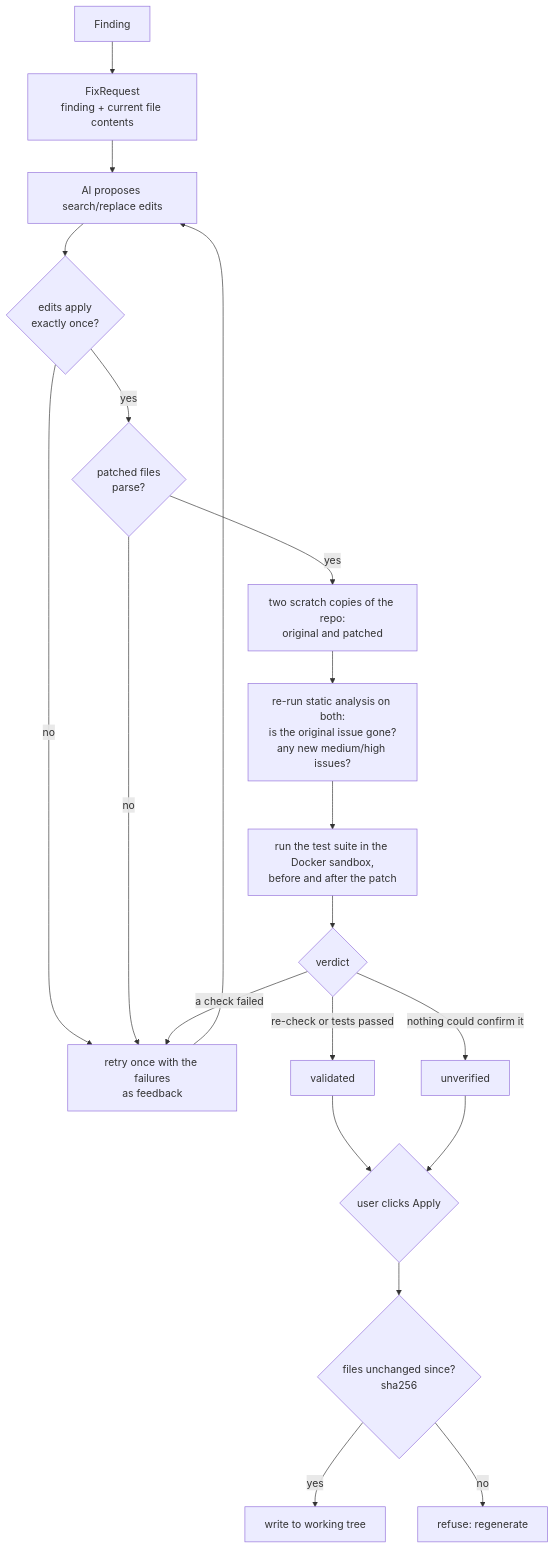
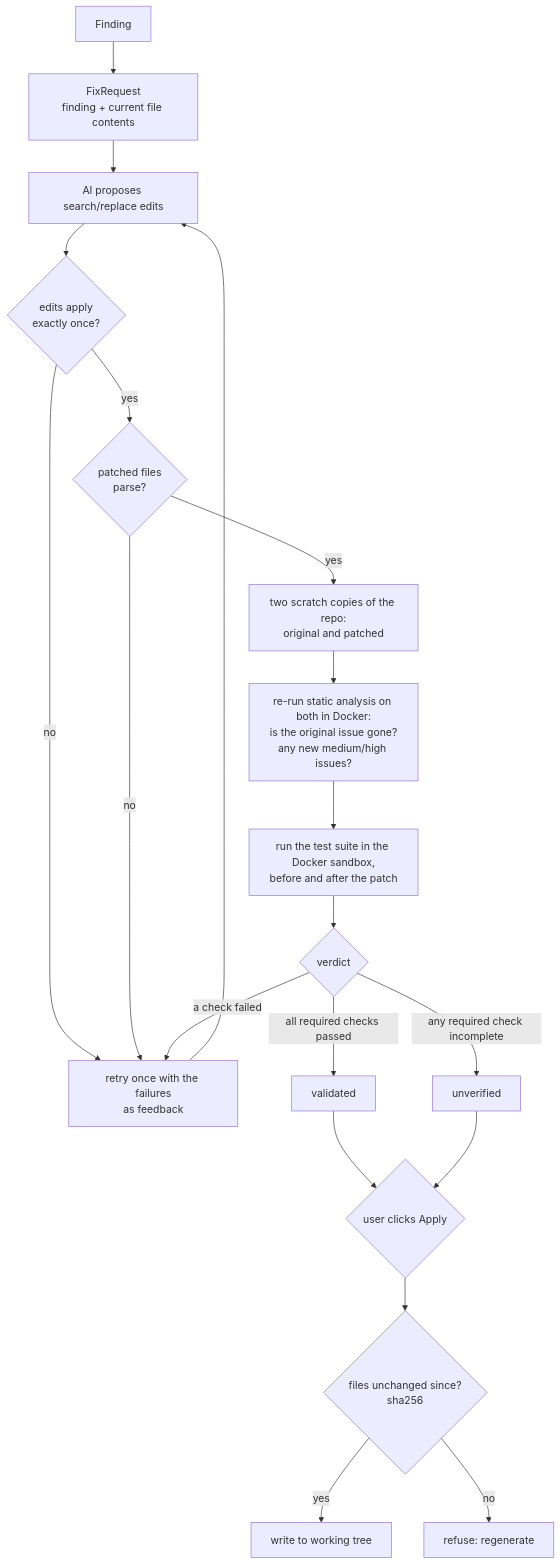
The sixth of 9 diagrams in docs/ARCHITECTURE.md (krish-121/Ai-code-reviewer), drawn with Mermaid before and after one commit. The commit also changed other lines of this file and 194 other files, not shown here.

````diff
--- a/docs/ARCHITECTURE.md
+++ b/docs/ARCHITECTURE.md
@@ -208,22 +220,22 @@
 ```mermaid
 flowchart TD
     F[Finding] --> REQ[FixRequest<br/>finding + current file contents]
     REQ --> AI[AI proposes search/replace edits]
     AI --> APPLY{edits apply<br/>exactly once?}
     APPLY -- no --> RETRY
     APPLY -- yes --> SYN{patched files<br/>parse?}
     SYN -- no --> RETRY
     SYN -- yes --> COPIES[two scratch copies of the repo:<br/>original and patched]
-    COPIES --> RES[re-run static analysis on both:<br/>is the original issue gone?<br/>any new medium/high issues?]
+    COPIES --> RES[re-run static analysis on both in Docker:<br/>is the original issue gone?<br/>any new medium/high issues?]
     RES --> TESTS[run the test suite in the Docker sandbox,<br/>before and after the patch]
     TESTS --> V{verdict}
     V -- a check failed --> RETRY[retry once with the failures<br/>as feedback]
     RETRY --> AI
-    V -- re-check or tests passed --> OK[validated]
-    V -- nothing could confirm it --> UNV[unverified]
+    V -- all required checks passed --> OK[validated]
+    V -- any required check incomplete --> UNV[unverified]
     OK --> USER{user clicks Apply}
     UNV --> USER
     USER --> HASH{files unchanged since?<br/>sha256}
     HASH -- yes --> WRITE[write to working tree]
     HASH -- no --> STOP[refuse: regenerate]
 ```
````
